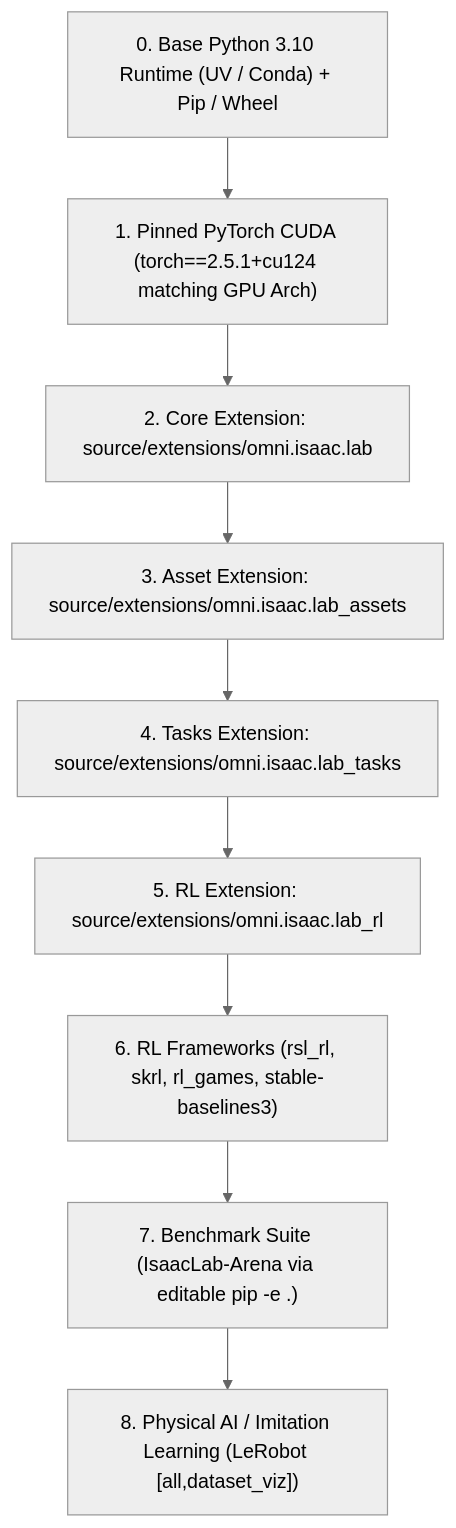
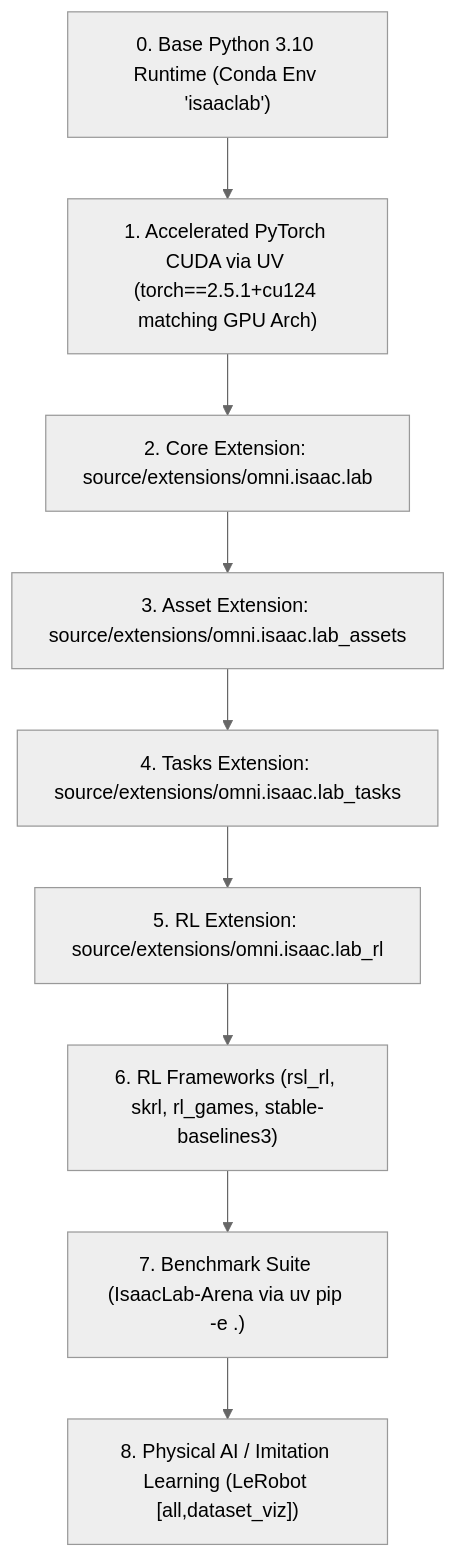
The fourth of 8 diagrams in .agents/references/docs/isaac-install-plan.md (boredengineering/IsaacAutomator), drawn with Mermaid (neutral theme) before and after one commit. The commit also changed other lines of this file and 2 other files, not shown here.

Commit message:
docs: add hybrid conda + uv architecture plan, rationale, and activation hooks to isaac-install-plan

````diff
--- a/.agents/references/docs/isaac-install-plan.md
+++ b/.agents/references/docs/isaac-install-plan.md
@@ -86,14 +180,14 @@
 ```mermaid
 flowchart TD
-    T0["0. Base Python 3.10 Runtime (UV / Conda) + Pip / Wheel"]
-    T1["1. Pinned PyTorch CUDA (torch==2.5.1+cu124 matching GPU Arch)"]
+    T0["0. Base Python 3.10 Runtime (Conda Env 'isaaclab')"]
+    T1["1. Accelerated PyTorch CUDA via UV (torch==2.5.1+cu124 matching GPU Arch)"]
     T2["2. Core Extension: source/extensions/omni.isaac.lab"]
     T3["3. Asset Extension: source/extensions/omni.isaac.lab_assets"]
     T4["4. Tasks Extension: source/extensions/omni.isaac.lab_tasks"]
     T5["5. RL Extension: source/extensions/omni.isaac.lab_rl"]
     T6["6. RL Frameworks (rsl_rl, skrl, rl_games, stable-baselines3)"]
-    T7["7. Benchmark Suite (IsaacLab-Arena via editable pip -e .)"]
+    T7["7. Benchmark Suite (IsaacLab-Arena via uv pip -e .)"]
     T8["8. Physical AI / Imitation Learning (LeRobot [all,dataset_viz])"]
 
     T0 --> T1 --> T2 --> T3 --> T4 --> T5 --> T6 --> T7 --> T8
 ```
````
